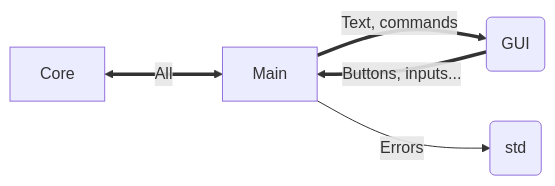
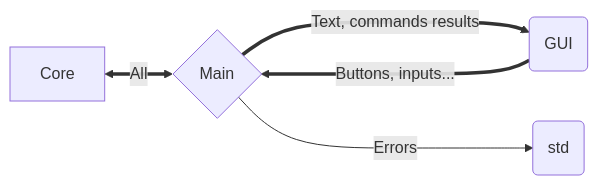
One commit to SnabbGET/SnabbGET changed the diagram in src/README.md. Above: the diagram before and after it, drawn with Mermaid. The commit also changed other lines of this file and 6 other files, not shown here.

````diff
--- a/src/README.md
+++ b/src/README.md
@@ -8,8 +8,8 @@
 ```mermaid
 flowchart LR
 
-A[Main] ==>   |Text, commands| B
-B(GUI)  ==>   |Buttons, inputs...| A
-A       -->   |Errors| D(std)
-C[Core] <===> |All| A
+A{Main} ===> |Text, commands results| B
+B(GUI)  ===> |Buttons, inputs...| A
+A       ---> |Errors| D(std)
+C[Core] <==> |All| A
 ```
````
